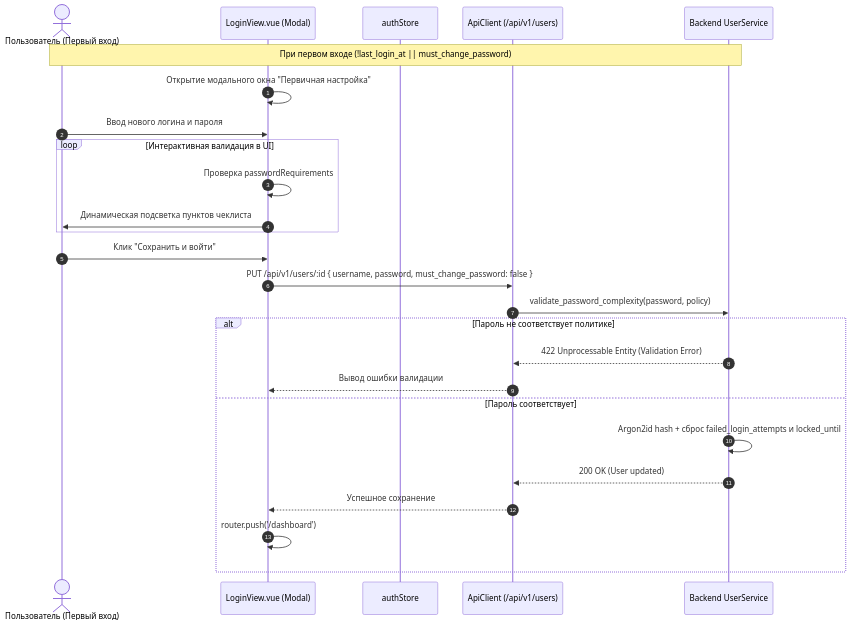
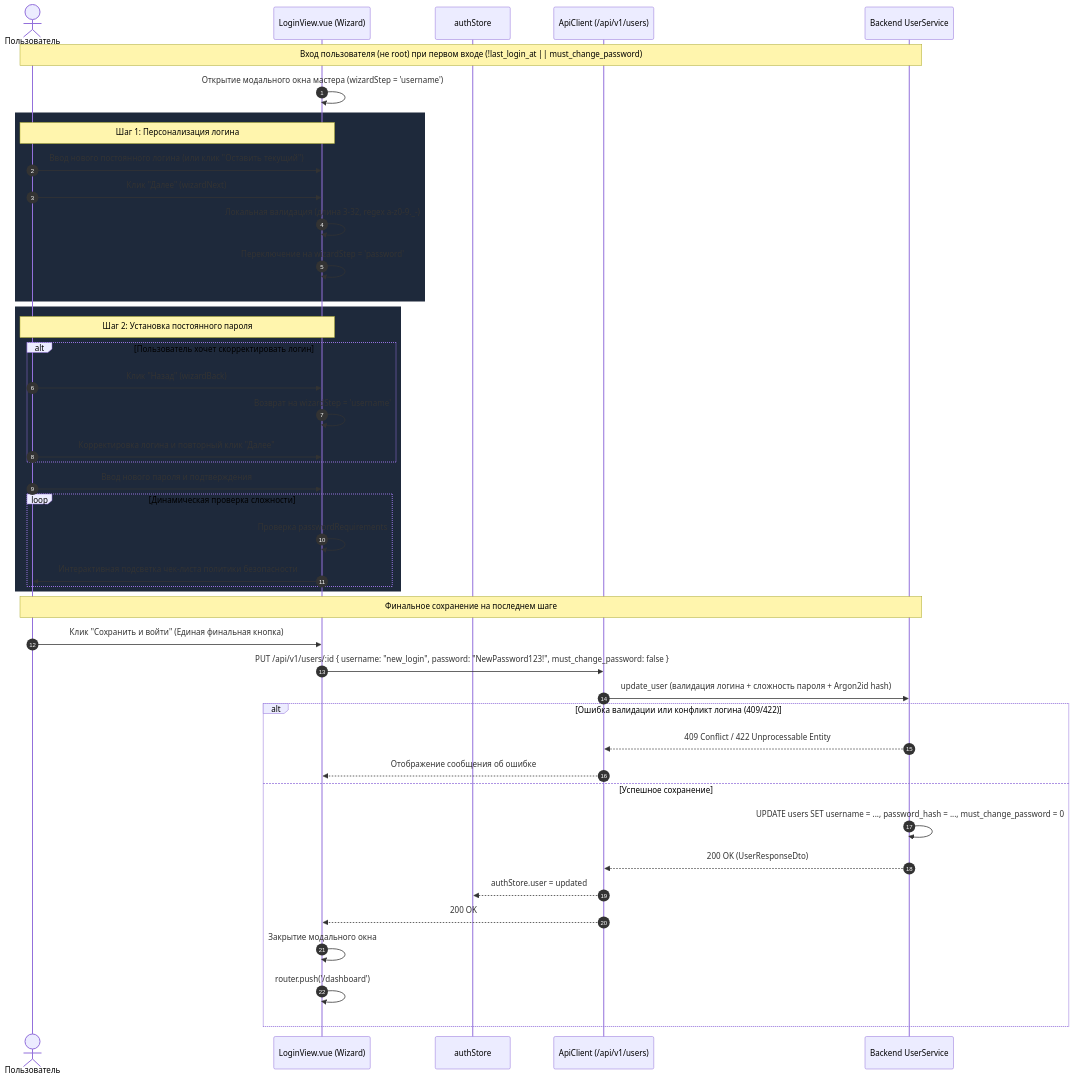
The fifth of 6 diagrams in docs/architecture/FrontendArchitecture.md (Apofixc/AetherCore), drawn with Mermaid before and after one commit. The commit also changed other lines of this file and 1 other file, not shown here.

Commit message:
docs: update frontend architecture and security roles policy documentation

````diff
--- a/docs/architecture/FrontendArchitecture.md
+++ b/docs/architecture/FrontendArchitecture.md
@@ -120,31 +163,55 @@
 ```mermaid
 sequenceDiagram
     autonumber
-    actor User as Пользователь (Первый вход)
-    participant UI as LoginView.vue (Modal)
+    actor User as Пользователь
+    participant UI as LoginView.vue (Wizard)
     participant Store as authStore
     participant API as ApiClient (/api/v1/users)
     participant Core as Backend UserService
 
-    Note over User, Core: При первом входе (!last_login_at || must_change_password)
-    UI->>UI: Открытие модального окна "Первичная настройка"
-    User->>UI: Ввод нового логина и пароля
+    Note over User, Core: Вход пользователя (не root) при первом входе (!last_login_at || must_change_password)
+    UI->>UI: Открытие модального окна мастера (wizardStep = 'username')
     
-    loop Интерактивная валидация в UI
-        UI->>UI: Проверка passwordRequirements
-        UI->>User: Динамическая подсветка пунктов чеклиста
+    %% Шаг 1: Логин
+    rect rgb(30, 41, 59)
+        Note over User, UI: Шаг 1: Персонализация логина
+        User->>UI: Ввод нового постоянного логина (или клик "Оставить текущий")
+        User->>UI: Клик "Далее" (wizardNext)
+        UI->>UI: Локальная валидация (длина 3-32, regex a-z0-9._-)
+        UI->>UI: Переключение на wizardStep = 'password'
     end
 
-    User->>UI: Клик "Сохранить и войти"
-    UI->>API: PUT /api/v1/users/:id { username, password, must_change_password: false }
-    API->>Core: validate_password_complexity(password, policy)
-    alt Пароль не соответствует политике
-        Core-->>API: 422 Unprocessable Entity (Validation Error)
-        API-->>UI: Вывод ошибки валидации
-    else Пароль соответствует
-        Core->>Core: Argon2id hash + сброс failed_login_attempts и locked_until
-        Core-->>API: 200 OK (User updated)
-        API-->>UI: Успешное сохранение
+    %% Шаг 2: Пароль
+    rect rgb(30, 41, 59)
+        Note over User, UI: Шаг 2: Установка постоянного пароля
+        alt Пользователь хочет скорректировать логин
+            User->>UI: Клик "Назад" (wizardBack)
+            UI->>UI: Возврат на wizardStep = 'username'
+            User->>UI: Корректировка логина и повторный клик "Далее"
+        end
+
+        User->>UI: Ввод нового пароля и подтверждения
+        loop Динамическая проверка сложности
+            UI->>UI: Проверка passwordRequirements
+            UI->>User: Интерактивная подсветка чек-листа политики безопасности
+        end
+    end
+
+    %% Финальное атомарное сохранение
+    Note over User, Core: Финальное сохранение на последнем шаге
+    User->>UI: Клик "Сохранить и войти" (Единая финальная кнопка)
+    UI->>API: PUT /api/v1/users/:id { username: "new_login", password: "NewPassword123!", must_change_password: false }
+    API->>Core: update_user (валидация логина + сложность пароля + Argon2id hash)
+    
+    alt Ошибка валидации или конфликт логина (409/422)
+        Core-->>API: 409 Conflict / 422 Unprocessable Entity
+        API-->>UI: Отображение сообщения об ошибке
+    else Успешное сохранение
+        Core->>Core: UPDATE users SET username = ..., password_hash = ..., must_change_password = 0
+        Core-->>API: 200 OK (UserResponseDto)
+        API-->>Store: authStore.user = updated
+        API-->>UI: 200 OK
+        UI->>UI: Закрытие модального окна
         UI->>UI: router.push('/dashboard')
     end
 ```
````
